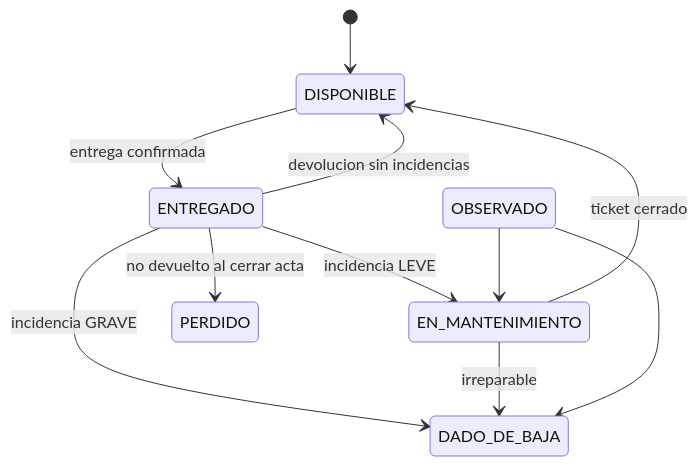
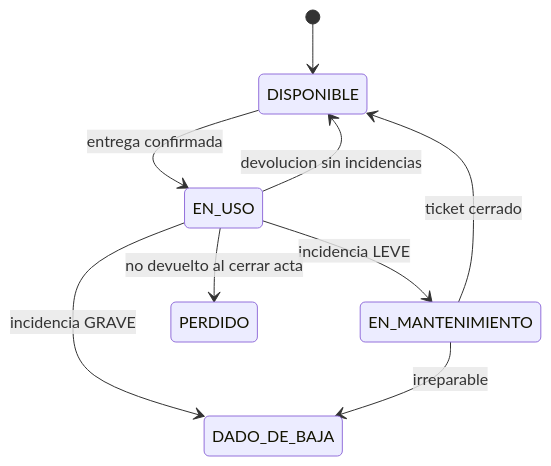
Before and after one commit to Kaito740/EquipManager: the fifth of 5 diagrams in docs/architecture.md, drawn with Mermaid. The commit also changed other lines of this file and 2 other files, not shown here.

Commit message:
docs: update equipos design decisions and database notes

````diff
--- a/docs/architecture.md
+++ b/docs/architecture.md
@@ -108,13 +108,11 @@
 ```mermaid
 stateDiagram-v2
     [*] --> DISPONIBLE
-    DISPONIBLE --> ENTREGADO : entrega confirmada
-    ENTREGADO --> DISPONIBLE : devolucion sin incidencias
-    ENTREGADO --> EN_MANTENIMIENTO : incidencia LEVE
-    ENTREGADO --> DADO_DE_BAJA : incidencia GRAVE
-    ENTREGADO --> PERDIDO : no devuelto al cerrar acta
+    DISPONIBLE --> EN_USO : entrega confirmada
+    EN_USO --> DISPONIBLE : devolucion sin incidencias
+    EN_USO --> EN_MANTENIMIENTO : incidencia LEVE
+    EN_USO --> DADO_DE_BAJA : incidencia GRAVE
+    EN_USO --> PERDIDO : no devuelto al cerrar acta
     EN_MANTENIMIENTO --> DISPONIBLE : ticket cerrado
     EN_MANTENIMIENTO --> DADO_DE_BAJA : irreparable
-    OBSERVADO --> EN_MANTENIMIENTO
-    OBSERVADO --> DADO_DE_BAJA
 ```
````
